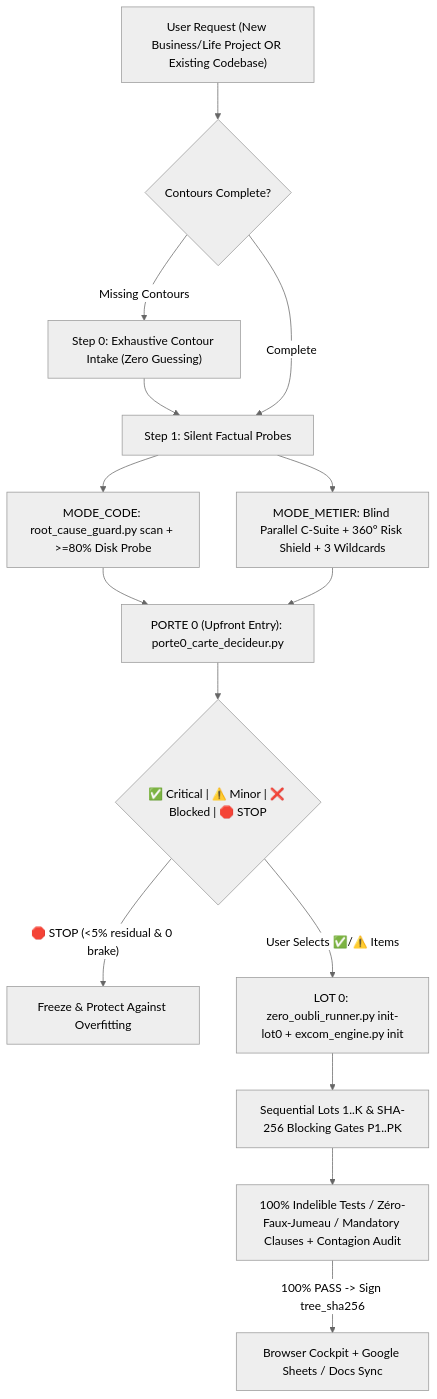
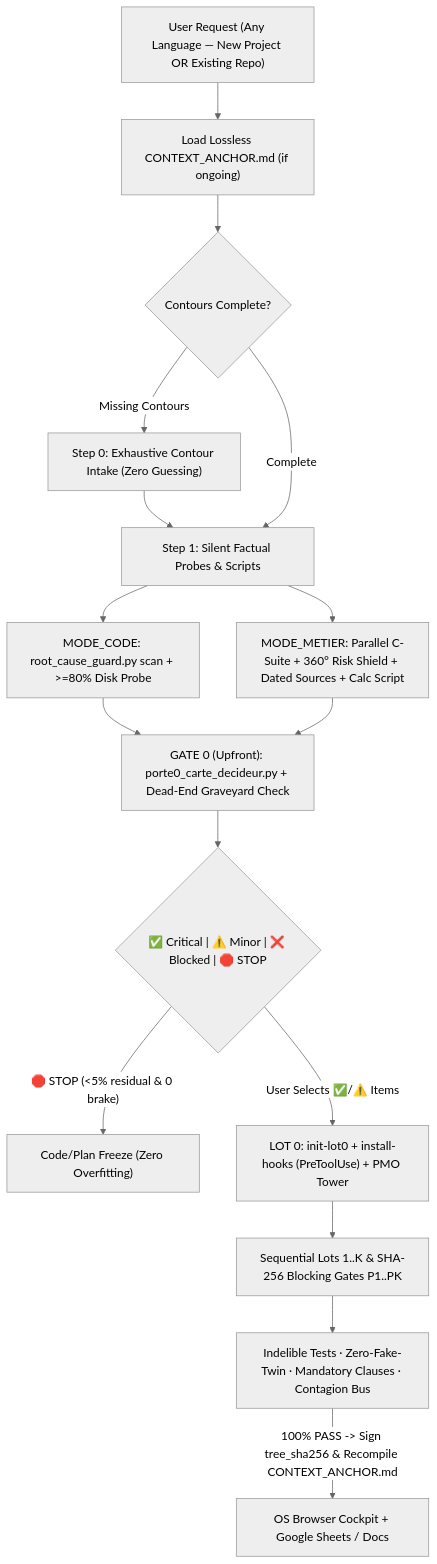
Before and after one commit to Foch1974/ExCom: the diagram in README.md, drawn with Mermaid (neutral theme). The commit also changed other lines of this file and 11 other files, not shown here.

Commit message:
feat(v3.1): add PreToolUse firewall, Dead-Ends anti-loop, Provenance/Mental-Math lock, Lossless Anchor & 100% en-US UI

````diff
--- a/README.md
+++ b/README.md
@@ -29,19 +30,20 @@
 ```mermaid
 flowchart TD
-    IN["User Request (New Business/Life Project OR Existing Codebase)"] --> S0{"Contours Complete?"}
+    IN["User Request (Any Language — New Project OR Existing Repo)"] --> ANCHOR["Load Lossless CONTEXT_ANCHOR.md (if ongoing)"]
+    ANCHOR --> S0{"Contours Complete?"}
     S0 -- "Missing Contours" --> Q["Step 0: Exhaustive Contour Intake (Zero Guessing)"]
     Q --> S1
-    S0 -- "Complete" --> S1["Step 1: Silent Factual Probes"]
+    S0 -- "Complete" --> S1["Step 1: Silent Factual Probes & Scripts"]
 
     S1 --> P_CODE["MODE_CODE: root_cause_guard.py scan + >=80% Disk Probe"]
-    S1 --> P_MET["MODE_METIER: Blind Parallel C-Suite + 360° Risk Shield + 3 Wildcards"]
+    S1 --> P_MET["MODE_METIER: Parallel C-Suite + 360° Risk Shield + Dated Sources + Calc Script"]
 
-    P_CODE & P_MET --> P0["PORTE 0 (Upfront Entry): porte0_carte_decideur.py"]
+    P_CODE & P_MET --> P0["GATE 0 (Upfront): porte0_carte_decideur.py + Dead-End Graveyard Check"]
     P0 --> VERDICT{"✅ Critical | ⚠️ Minor | ❌ Blocked | 🛑 STOP"}
-    VERDICT -- "🛑 STOP (<5% residual & 0 brake)" --> HALT["Freeze & Protect Against Overfitting"]
-    VERDICT -- "User Selects ✅/⚠️ Items" --> LOT0["LOT 0: zero_oubli_runner.py init-lot0 + excom_engine.py init"]
+    VERDICT -- "🛑 STOP (<5% residual & 0 brake)" --> HALT["Code/Plan Freeze (Zero Overfitting)"]
+    VERDICT -- "User Selects ✅/⚠️ Items" --> LOT0["LOT 0: init-lot0 + install-hooks (PreToolUse) + PMO Tower"]
 
     LOT0 --> GATES["Sequential Lots 1..K & SHA-256 Blocking Gates P1..PK"]
-    GATES --> CHECK["100% Indelible Tests / Zéro-Faux-Jumeau / Mandatory Clauses + Contagion Audit"]
-    CHECK -- "100% PASS -> Sign tree_sha256" --> LIVE["Browser Cockpit + Google Sheets / Docs Sync"]
+    GATES --> CHECK["Indelible Tests · Zero-Fake-Twin · Mandatory Clauses · Contagion Bus"]
+    CHECK -- "100% PASS -> Sign tree_sha256 & Recompile CONTEXT_ANCHOR.md" --> LIVE["OS Browser Cockpit + Google Sheets / Docs"]
 ```
````
